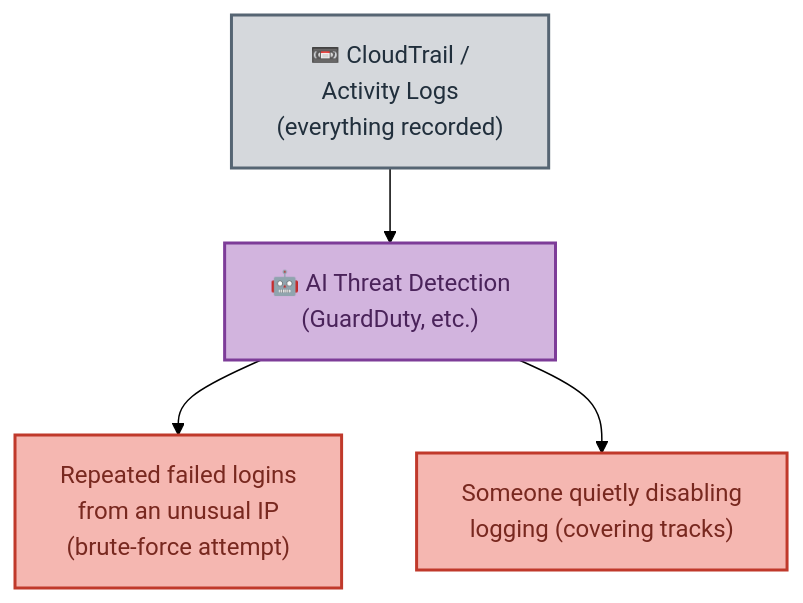
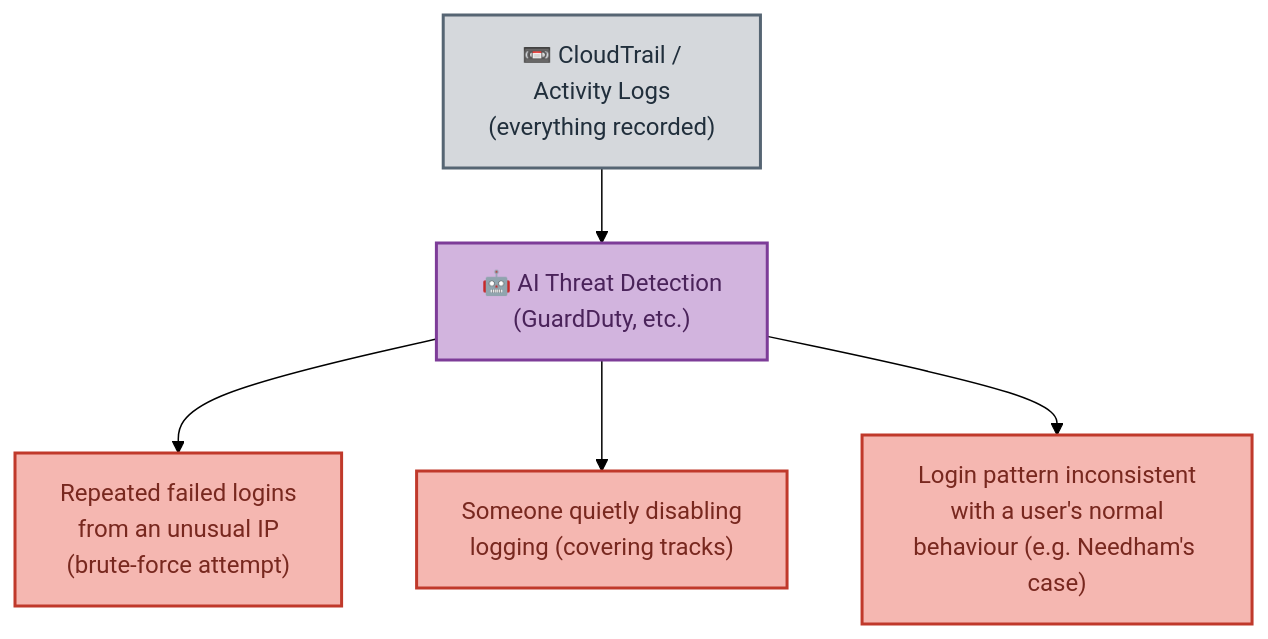
The fourth of 6 diagrams in public-cloud-playground/explainers/06-monitoring-and-protecting-your-cloud.md (codewithz/mstap2026), drawn with Mermaid (forest theme) before and after one commit. The commit also changed other lines of this file and 2 other files, not shown here.

````diff
--- a/public-cloud-playground/explainers/06-monitoring-and-protecting-your-cloud.md
+++ b/public-cloud-playground/explainers/06-monitoring-and-protecting-your-cloud.md
@@ -41,10 +77,11 @@
 ```mermaid
 graph TD
     Logs["📼 CloudTrail /<br/>Activity Logs<br/>(everything recorded)"]:::logs --> AI["🤖 AI Threat Detection<br/>(GuardDuty, etc.)"]:::ai
     AI --> Pattern1["Repeated failed logins<br/>from an unusual IP<br/>(brute-force attempt)"]:::alert
     AI --> Pattern2["Someone quietly disabling<br/>logging (covering tracks)"]:::alert
+    AI --> Pattern3["Login pattern inconsistent<br/>with a user's normal<br/>behaviour (e.g. Needham's case)"]:::alert
 
     classDef logs fill:#D5D8DC,stroke:#566573,stroke-width:2px,color:#212F3C
     classDef ai fill:#D2B4DE,stroke:#7D3C98,stroke-width:2px,color:#4A235A
     classDef alert fill:#F5B7B1,stroke:#C0392B,stroke-width:2px,color:#78281F
 ```
````
